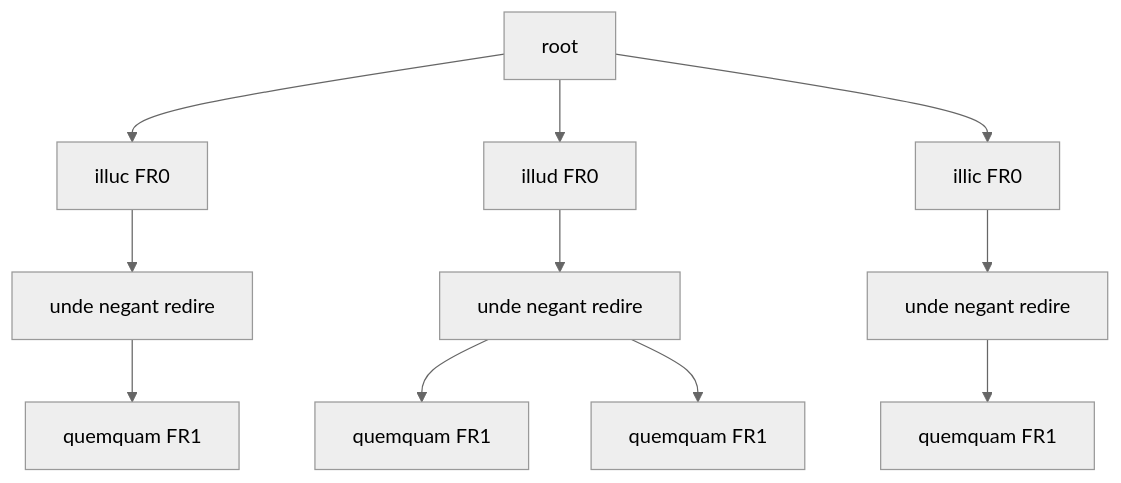
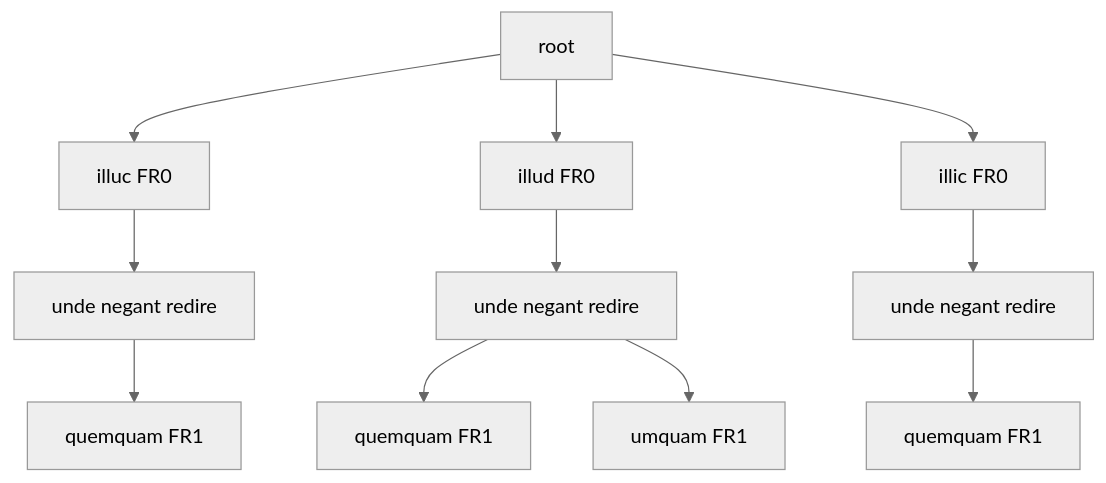
The second of 2 diagrams in migration/rendering/samples/tei-simple-ps.md (vedph/cadmus-doc), drawn with Mermaid (neutral theme) before and after one commit. The commit also changed other lines of this file, not shown here.

````diff
--- a/migration/rendering/samples/tei-simple-ps.md
+++ b/migration/rendering/samples/tei-simple-ps.md
@@ -56,14 +58,14 @@
 ```mermaid
 graph TB;
 
 root --> illuc[illuc FR0]
 root --> illud[illud FR0]
 root --> illic[illic FR0]
 illuc --> ue1[ unde negant redire ]
 illud --> ue2[ unde negant redire ]
 illic --> ue3[ unde negant redire ]
 ue1 --> quemquam1[quemquam FR1]
 ue2 --> quemquam2[quemquam FR1]
-ue2 --> umquam[quemquam FR1]
+ue2 --> umquam[umquam FR1]
 ue3 --> quemquam3[quemquam FR1]
 ```
````
